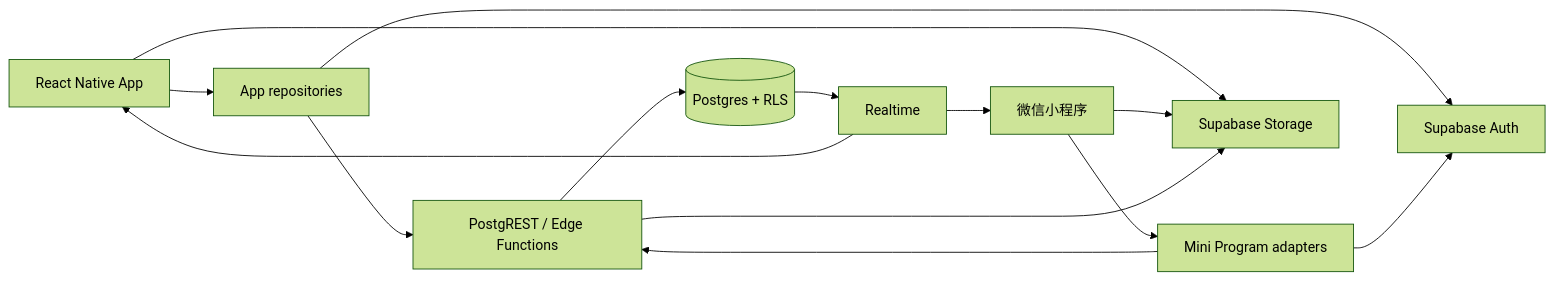
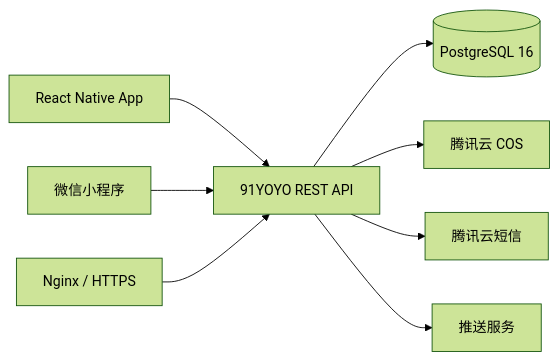
The diagram in docs/ARCHITECTURE.md (emajjsky/91YOYO-APP), drawn with Mermaid (forest theme) before and after one commit. The commit also changed other lines of this file and 47 other files, not shown here.

````diff
--- a/docs/ARCHITECTURE.md
+++ b/docs/ARCHITECTURE.md
@@ -12,16 +12,10 @@
 ```mermaid
 flowchart LR
-  RN[React Native App] --> RA[App repositories]
-  MP[微信小程序] --> MA[Mini Program adapters]
-  RA --> AUTH[Supabase Auth]
-  MA --> AUTH
-  RA --> API[PostgREST / Edge Functions]
-  MA --> API
-  API --> DB[(Postgres + RLS)]
-  RN --> STORAGE[Supabase Storage]
-  MP --> STORAGE
-  API --> STORAGE
-  DB --> RT[Realtime]
-  RT --> RN
-  RT --> MP
+  RN[React Native App] --> API[91YOYO REST API]
+  MP[微信小程序] --> API
+  API --> DB[(PostgreSQL 16)]
+  API --> COS[腾讯云 COS]
+  API --> SMS[腾讯云短信]
+  API --> PUSH[推送服务]
+  NGINX[Nginx / HTTPS] --> API
 ```
````
